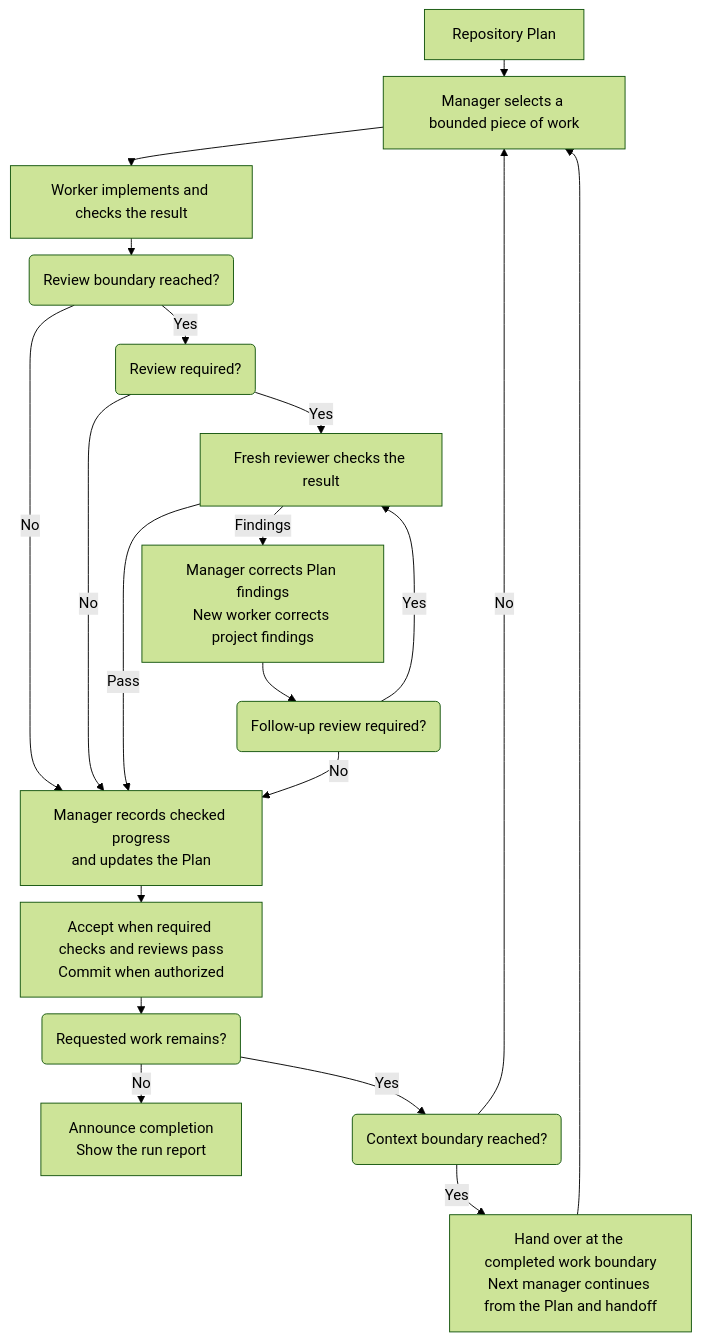
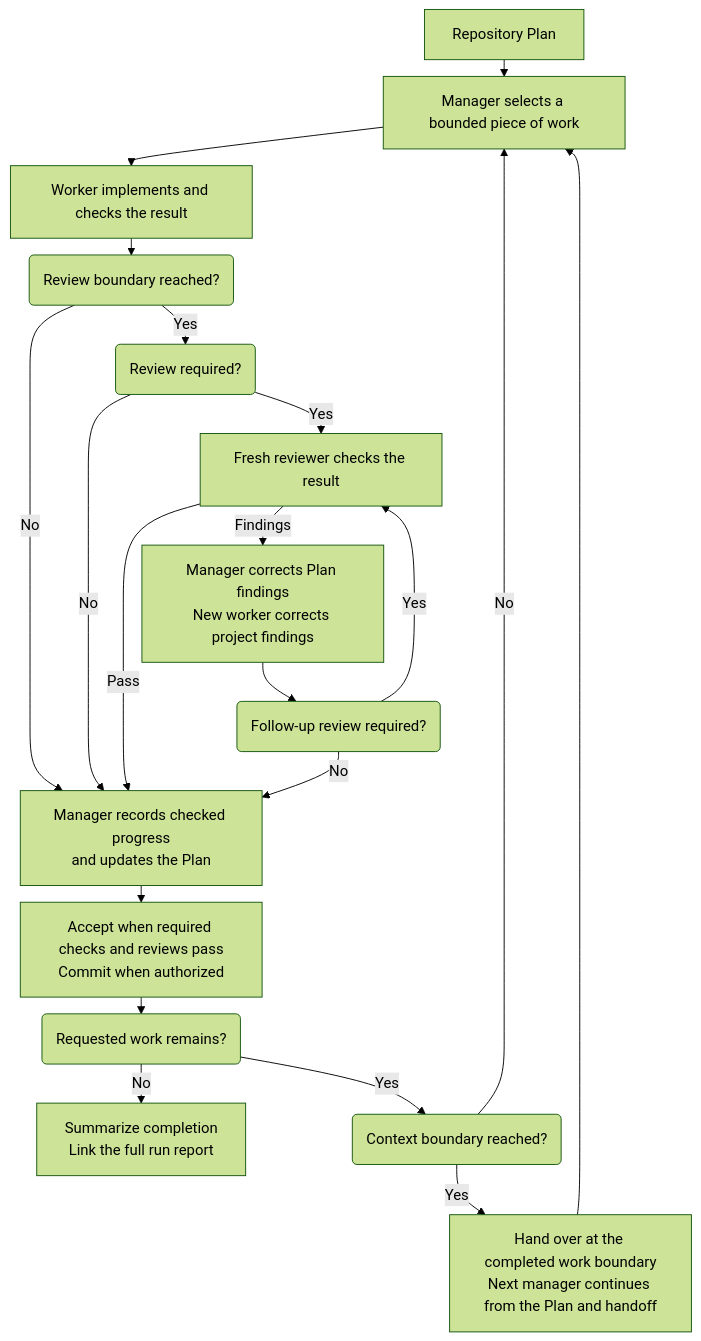
One commit to benjaminstelzer/scoville-suite-for-codex changed the diagram in README.md. Above: the diagram before and after it, drawn with Mermaid (forest theme). The commit also changed other lines of this file and 18 other files, not shown here.

````diff
--- a/README.md
+++ b/README.md
@@ -52,23 +52,23 @@
 ```mermaid
 %%{init: {'flowchart': {'nodeSpacing': 20, 'rankSpacing': 18}}}%%
 flowchart TD
     P["Repository Plan"] --> C["Manager selects a bounded piece of work"]
     C --> W["Worker implements and checks the result"]
     W --> B("Review boundary reached?")
     B -->|No| A
     B -->|Yes| G("Review required?")
     G -->|Yes| R["Fresh reviewer checks the result"]
     G -->|No| A["Manager records checked progress<br/>and updates the Plan"]
     R -->|Pass| A
     R -->|Findings| F["Manager corrects Plan findings<br/>New worker corrects project findings"]
     F --> Q("Follow-up review required?")
     Q -->|Yes| R
     Q -->|No| A
     A --> E["Accept when required checks and reviews pass<br/>Commit when authorized"]
     E --> N("Requested work remains?")
-    N -->|No| D["Announce completion<br/>Show the run report"]
+    N -->|No| D["Summarize completion<br/>Link the full run report"]
     N -->|Yes| T("Context boundary reached?")
     T -->|No| C
     T -->|Yes| H["Hand over at the completed work boundary<br/>Next manager continues from the Plan and handoff"]
     H --> C
 ```
````
